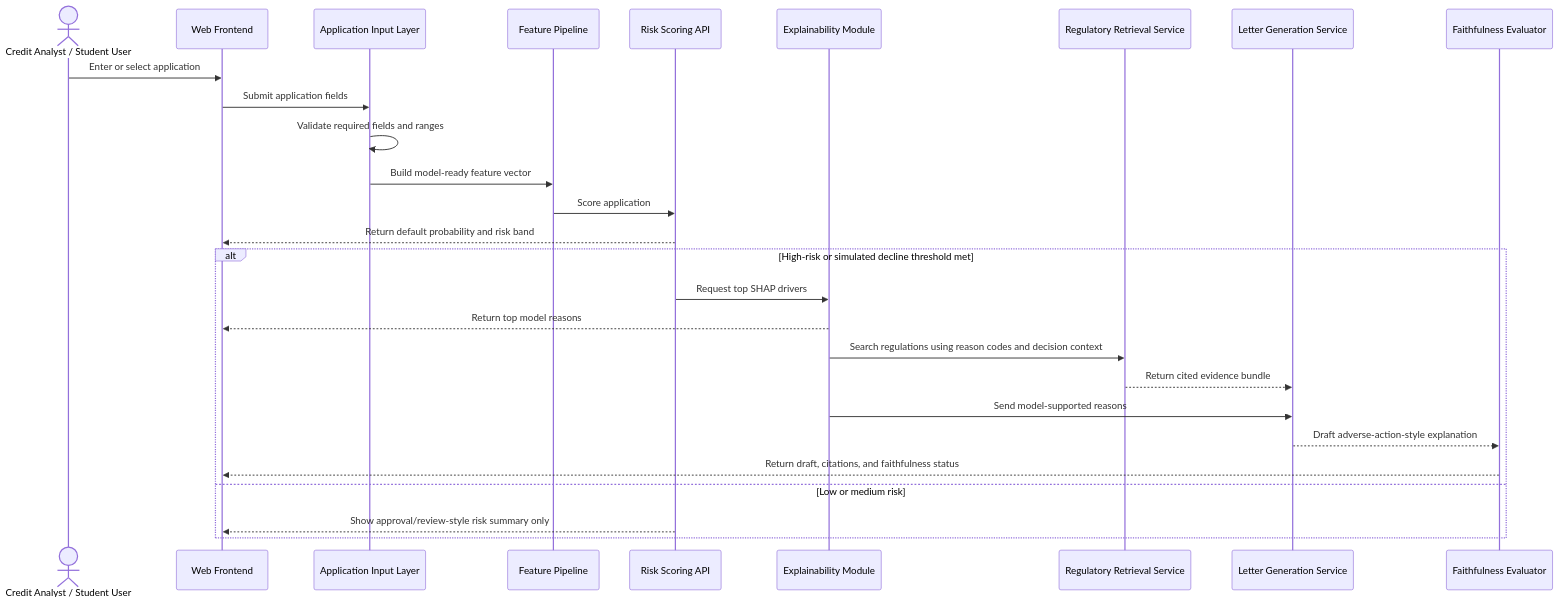
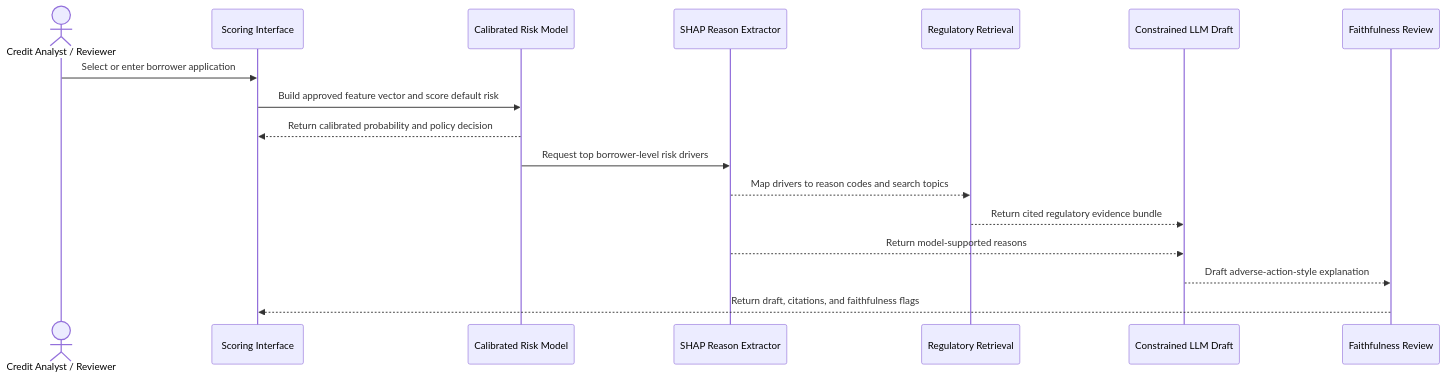
One commit to lindaperez/CreditRiskRAG changed the second of 3 diagrams in README.md. Above: the diagram before and after it, drawn with Mermaid. The commit also changed other lines of this file and 60 other files, not shown here.

Commit message:
Ready as a research/prototype decision-support workflow for accepted loans

````diff
--- a/README.md
+++ b/README.md
@@ -81,31 +103,20 @@
 ```mermaid
 sequenceDiagram
-    actor User as Credit Analyst / Student User
-    participant UI as Web Frontend
-    participant Input as Application Input Layer
-    participant Features as Feature Pipeline
-    participant Model as Risk Scoring API
-    participant Explain as Explainability Module
-    participant Retrieval as Regulatory Retrieval Service
-    participant Generator as Letter Generation Service
-    participant Eval as Faithfulness Evaluator
+    actor Reviewer as Credit Analyst / Reviewer
+    participant App as Scoring Interface
+    participant Model as Calibrated Risk Model
+    participant Explain as SHAP Reason Extractor
+    participant Retrieve as Regulatory Retrieval
+    participant Generate as Constrained LLM Draft
+    participant QA as Faithfulness Review
 
-    User->>UI: Enter or select application
-    UI->>Input: Submit application fields
-    Input->>Input: Validate required fields and ranges
-    Input->>Features: Build model-ready feature vector
-    Features->>Model: Score application
-    Model-->>UI: Return default probability and risk band
-
-    alt High-risk or simulated decline threshold met
-        Model->>Explain: Request top SHAP drivers
-        Explain-->>UI: Return top model reasons
-        Explain->>Retrieval: Search regulations using reason codes and decision context
-        Retrieval-->>Generator: Return cited evidence bundle
-        Explain->>Generator: Send model-supported reasons
-        Generator-->>Eval: Draft adverse-action-style explanation
-        Eval-->>UI: Return draft, citations, and faithfulness status
-    else Low or medium risk
-        Model-->>UI: Show approval/review-style risk summary only
-    end
+    Reviewer->>App: Select or enter borrower application
+    App->>Model: Build approved feature vector and score default risk
+    Model-->>App: Return calibrated probability and policy decision
+    Model->>Explain: Request top borrower-level risk drivers
+    Explain-->>Retrieve: Map drivers to reason codes and search topics
+    Retrieve-->>Generate: Return cited regulatory evidence bundle
+    Explain-->>Generate: Return model-supported reasons
+    Generate-->>QA: Draft adverse-action-style explanation
+    QA-->>App: Return draft, citations, and faithfulness flags
 ```
````
